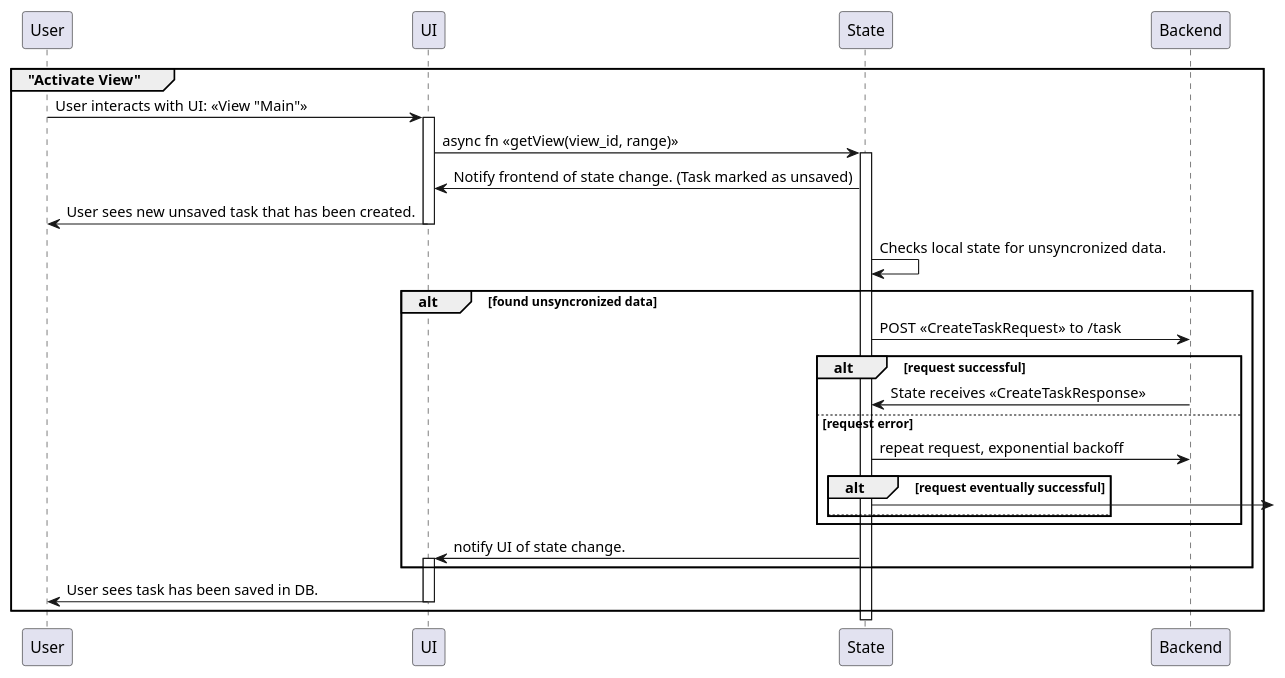
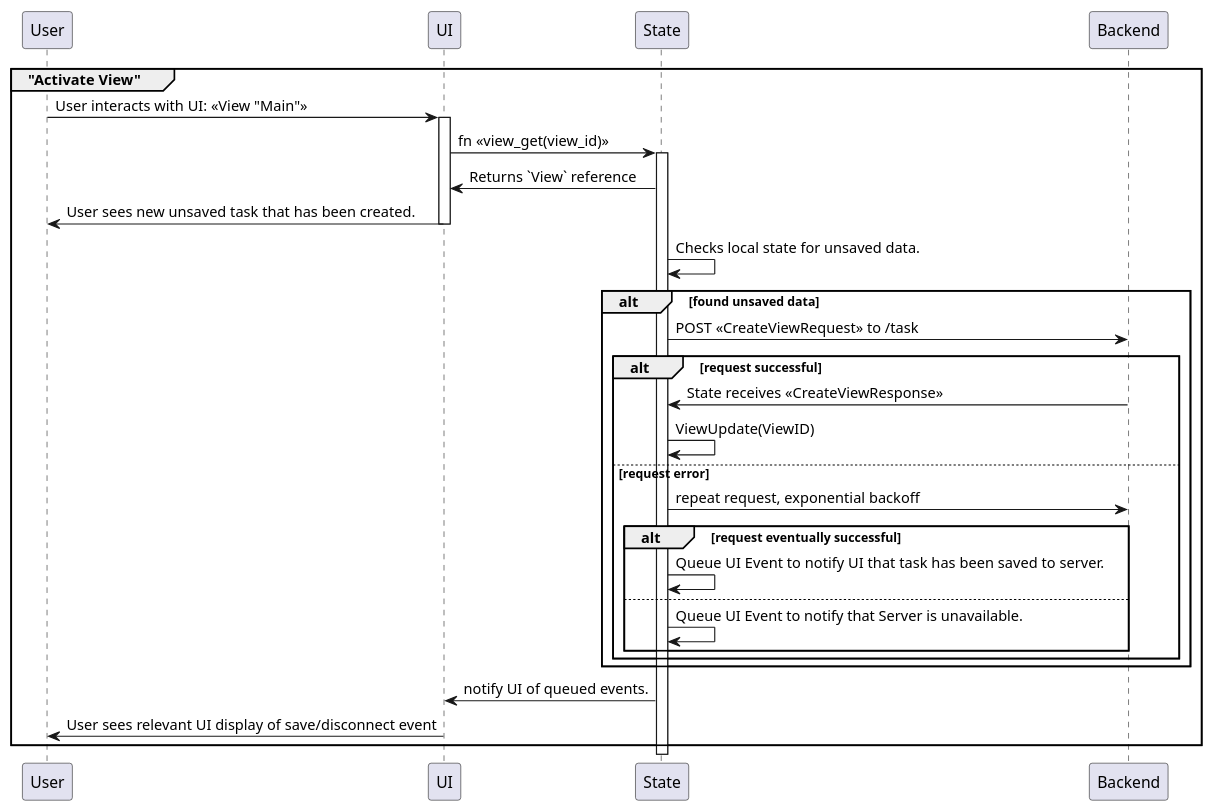
The third of 3 diagrams in design/middleware_sequences.puml (knoxy5467/a-better-notion), drawn with PlantUML before and after one commit. The commit also changed other lines of this file and 2 other files, not shown here.

Commit message:
middleware class and sequences updates that I forgot to push to main before it got locked lol

```diff
--- a/design/middleware_sequences.puml
+++ b/design/middleware_sequences.puml
@@ -58,35 +60,37 @@
 @startuml middleware_activate_view
 group "Activate View"
 	participant User
 	participant UI
 	participant State
 	participant Backend
 	User -> UI : User interacts with UI: <<View "Main">>
 	activate UI
 	
-	UI -> State : async fn <<getView(view_id, range)>>
+	UI -> State : fn <<view_get(view_id)>>
 	activate State
-	State -> UI : Notify frontend of state change. (Task marked as unsaved)
+	State -> UI : Returns `View` reference
 	UI -> User : User sees new unsaved task that has been created.
 	deactivate UI
 
-	State -> State : Checks local state for unsyncronized data.
-	alt found unsyncronized data
-		State -> Backend : POST <<CreateTaskRequest>> to /task
+	State -> State : Checks local state for unsaved data.
+	alt found unsaved data
+		State -> Backend : POST <<CreateViewRequest>> to /task
 		alt request successful
-			Backend -> State : State receives <<CreateTaskResponse>> 
+			Backend -> State : State receives <<CreateViewResponse>> 
+			State -> State : ViewUpdate(ViewID)
 			
 		else request error
 			State -> Backend : repeat request, exponential backoff 
 			alt request eventually successful
-				State -> 
+				State -> State : Queue UI Event to notify UI that task has been saved to server.
 			else
+				State -> State : Queue UI Event to notify that Server is unavailable.
 			end
 		end
-		State -> UI : notify UI of state change.
 		activate UI
 	end
-	UI -> User : User sees task has been saved in DB.
+	State -> UI : notify UI of queued events.
+	UI -> User : User sees relevant UI display of save/disconnect event
 	deactivate UI
 end
 @enduml
```
